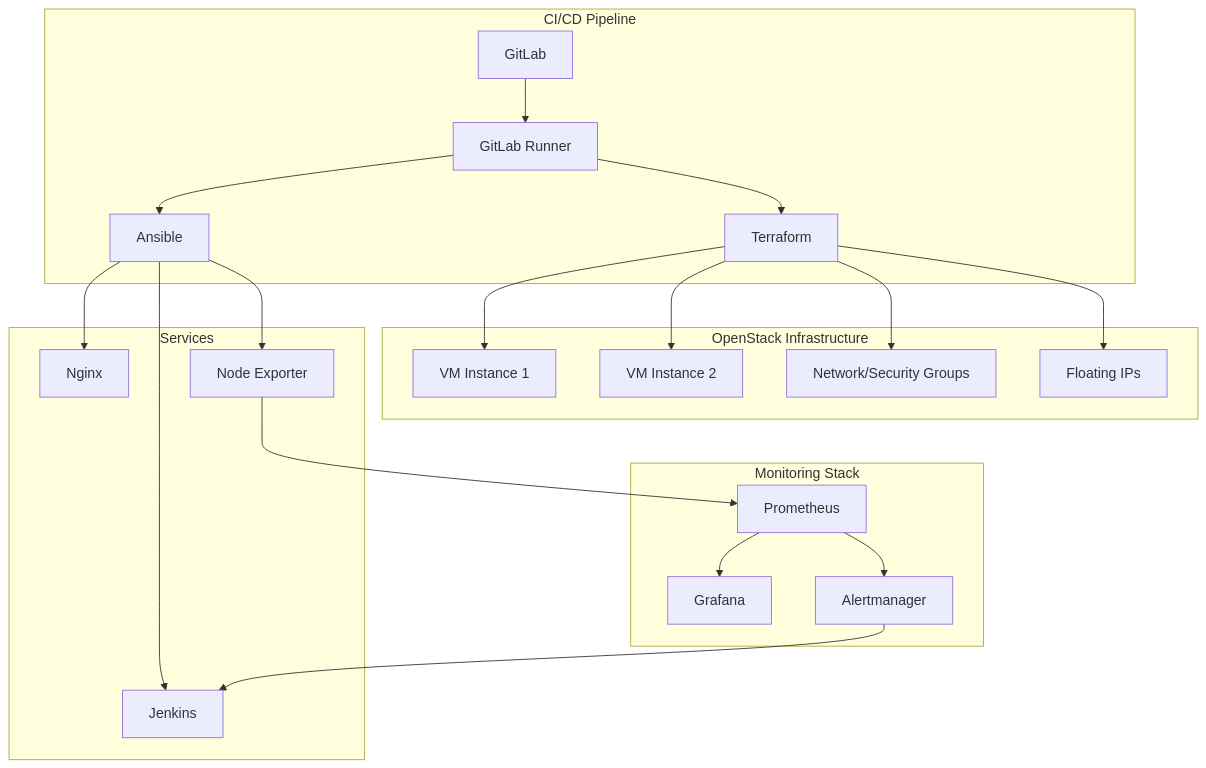
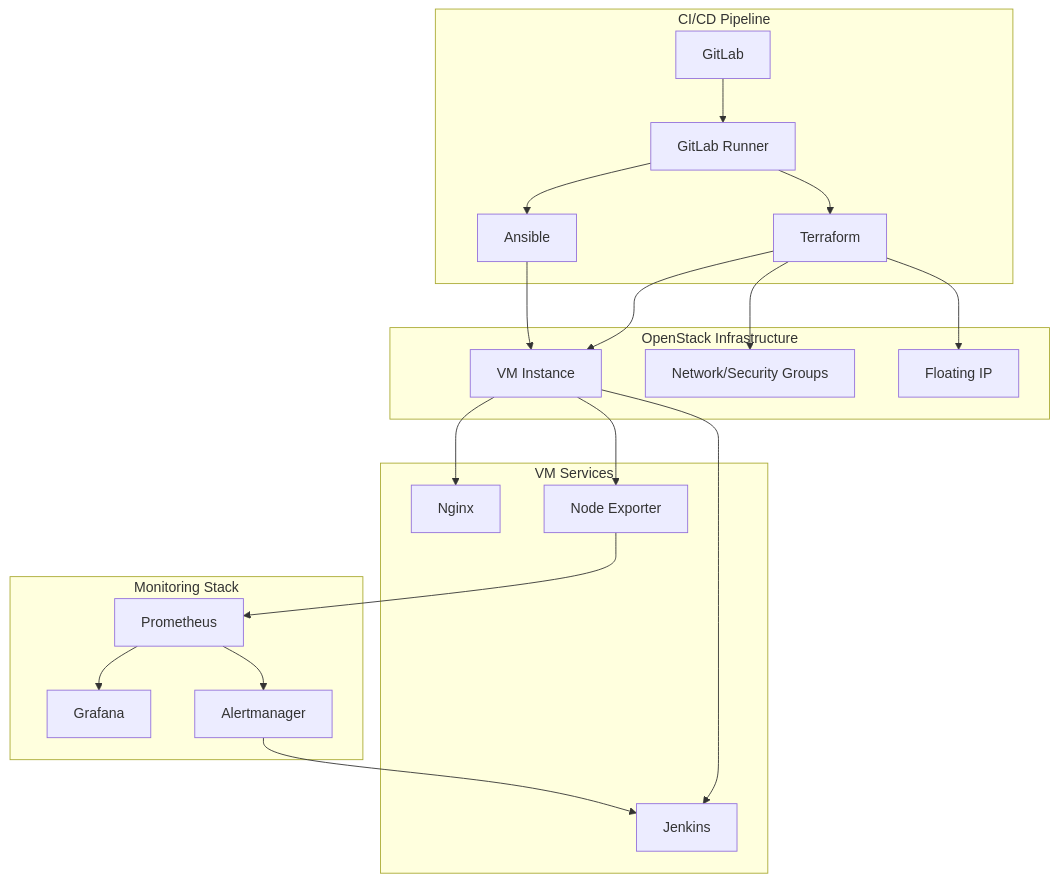
One commit to 4ubit-z/openstack-automation-system changed the diagram in README.md. Above: the diagram before and after it, drawn with Mermaid. The commit also changed other lines of this file, not shown here.

````diff
--- a/README.md
+++ b/README.md
@@ -146,43 +146,42 @@
 ```mermaid
 graph TB
     subgraph "OpenStack Infrastructure"
-        VM1[VM Instance 1]
-        VM2[VM Instance 2]
+        VM[VM Instance]
         NET[Network/Security Groups]
-        FIP[Floating IPs]
+        FIP[Floating IP]
     end
     
     subgraph "CI/CD Pipeline"
         GL[GitLab]
         GR[GitLab Runner]
         TF[Terraform]
         ANS[Ansible]
     end
     
-    subgraph "Services"
+    subgraph "VM Services"
         NGX[Nginx]
         JNK[Jenkins]
         NE[Node Exporter]
     end
     
     subgraph "Monitoring Stack"
         PROM[Prometheus]
         GRF[Grafana]
         AM[Alertmanager]
     end
     
     GL --> GR
     GR --> TF
     GR --> ANS
-    TF --> VM1
-    TF --> VM2
+    TF --> VM
     TF --> NET
     TF --> FIP
-    ANS --> NGX
-    ANS --> JNK
-    ANS --> NE
+    ANS --> VM
+    VM --> NGX
+    VM --> JNK
+    VM --> NE
     NE --> PROM
     PROM --> GRF
     PROM --> AM
     AM --> JNK
 ```
````
